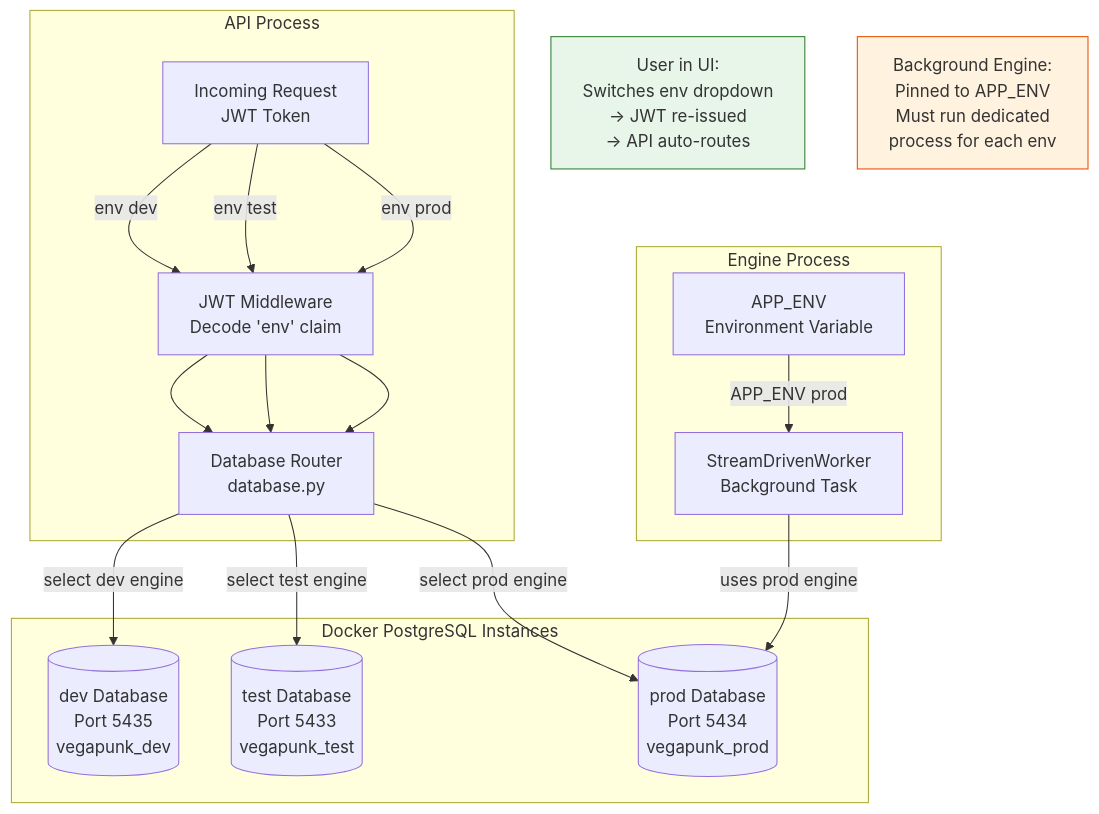
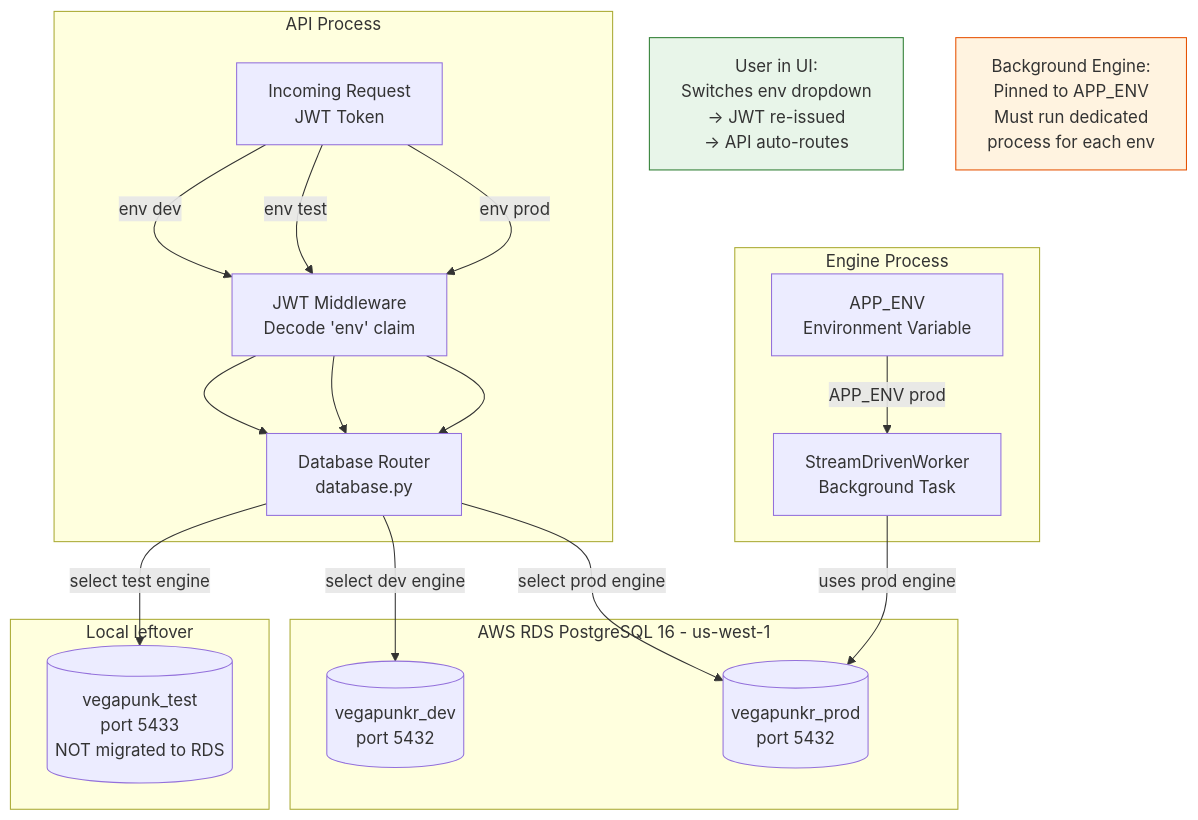
One commit to PirateKingSteve-0/VegaPunkR changed the sixth of 11 diagrams in docs/architecture-diagram.md. Above: the diagram before and after it, drawn with Mermaid. The commit also changed other lines of this file and 11 other files, not shown here.

Commit message:
FIX - account websocket issue, arch diagram file, prehook commit

````diff
--- a/docs/architecture-diagram.md
+++ b/docs/architecture-diagram.md
@@ -536,42 +571,45 @@
 ```mermaid
 graph TB
     subgraph "API Process"
         REQ[Incoming Request<br/>JWT Token]
         MW[JWT Middleware<br/>Decode 'env' claim]
         ROUTER[Database Router<br/>database.py]
     end
 
     subgraph "Engine Process"
         WORKER[StreamDrivenWorker<br/>Background Task]
         APPENV[APP_ENV<br/>Environment Variable]
     end
 
-    subgraph "Docker PostgreSQL Instances"
-        DEV[(dev Database<br/>Port 5435<br/>vegapunk_dev)]
-        TEST[(test Database<br/>Port 5433<br/>vegapunk_test)]
-        PROD[(prod Database<br/>Port 5434<br/>vegapunk_prod)]
+    subgraph "AWS RDS PostgreSQL 16 - us-west-1"
+        DEV[(vegapunkr_dev<br/>port 5432)]
+        PROD[(vegapunkr_prod<br/>port 5432)]
+    end
+
+    subgraph "Local leftover"
+        TEST[(vegapunk_test<br/>port 5433<br/>NOT migrated to RDS)]
     end
 
     %% API routing
     REQ -->|env dev| MW
     MW --> ROUTER
     ROUTER -->|select dev engine| DEV
 
     REQ -->|env test| MW
     MW --> ROUTER
     ROUTER -->|select test engine| TEST
 
     REQ -->|env prod| MW
     MW --> ROUTER
     ROUTER -->|select prod engine| PROD
 
     %% Engine routing
     APPENV -->|APP_ENV prod| WORKER
     WORKER -->|uses prod engine| PROD
 
     Note1[User in UI:<br/>Switches env dropdown<br/>→ JWT re-issued<br/>→ API auto-routes]
     Note2[Background Engine:<br/>Pinned to APP_ENV<br/>Must run dedicated<br/>process for each env]
 
     style Note1 fill:#e8f5e9,stroke:#2e7d32
     style Note2 fill:#fff3e0,stroke:#e65100
 ```
````
